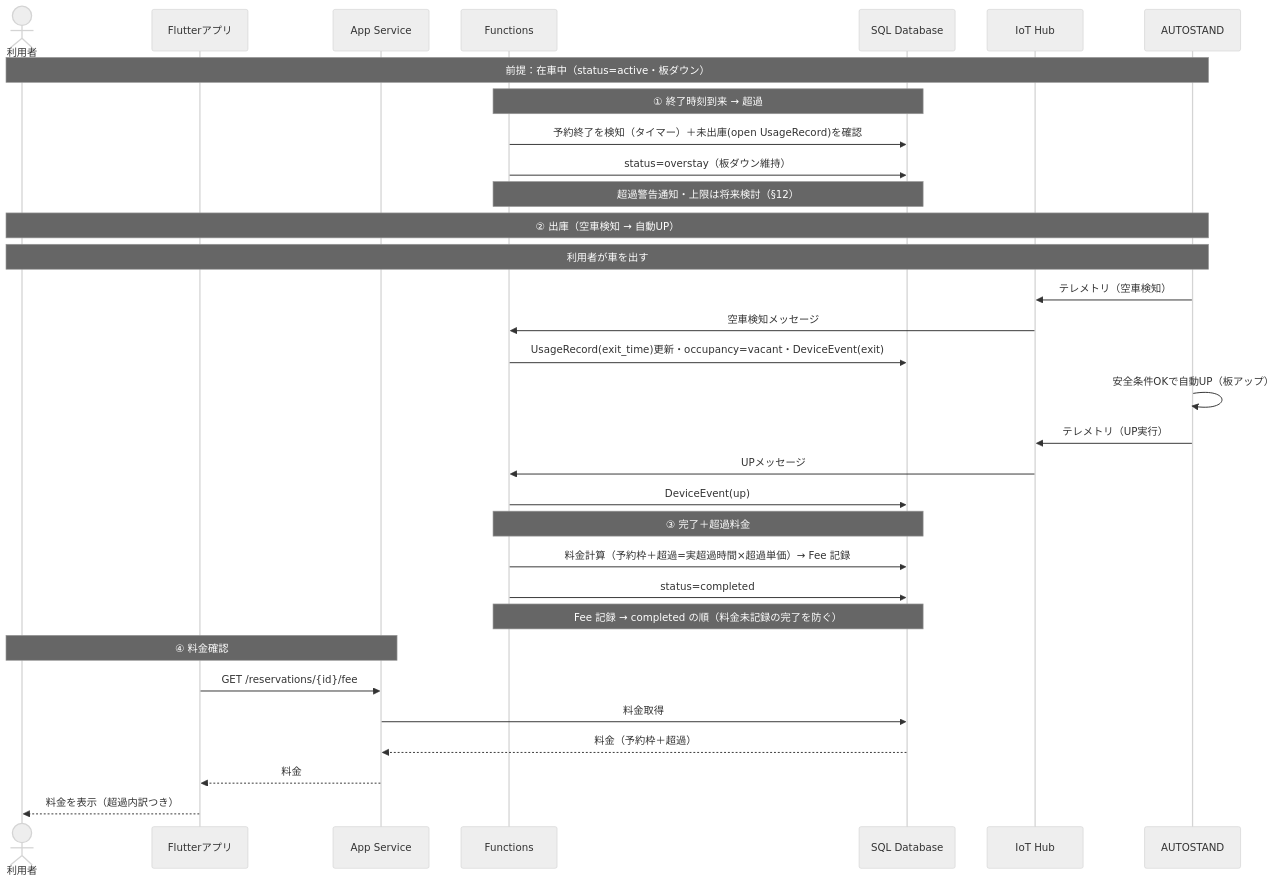
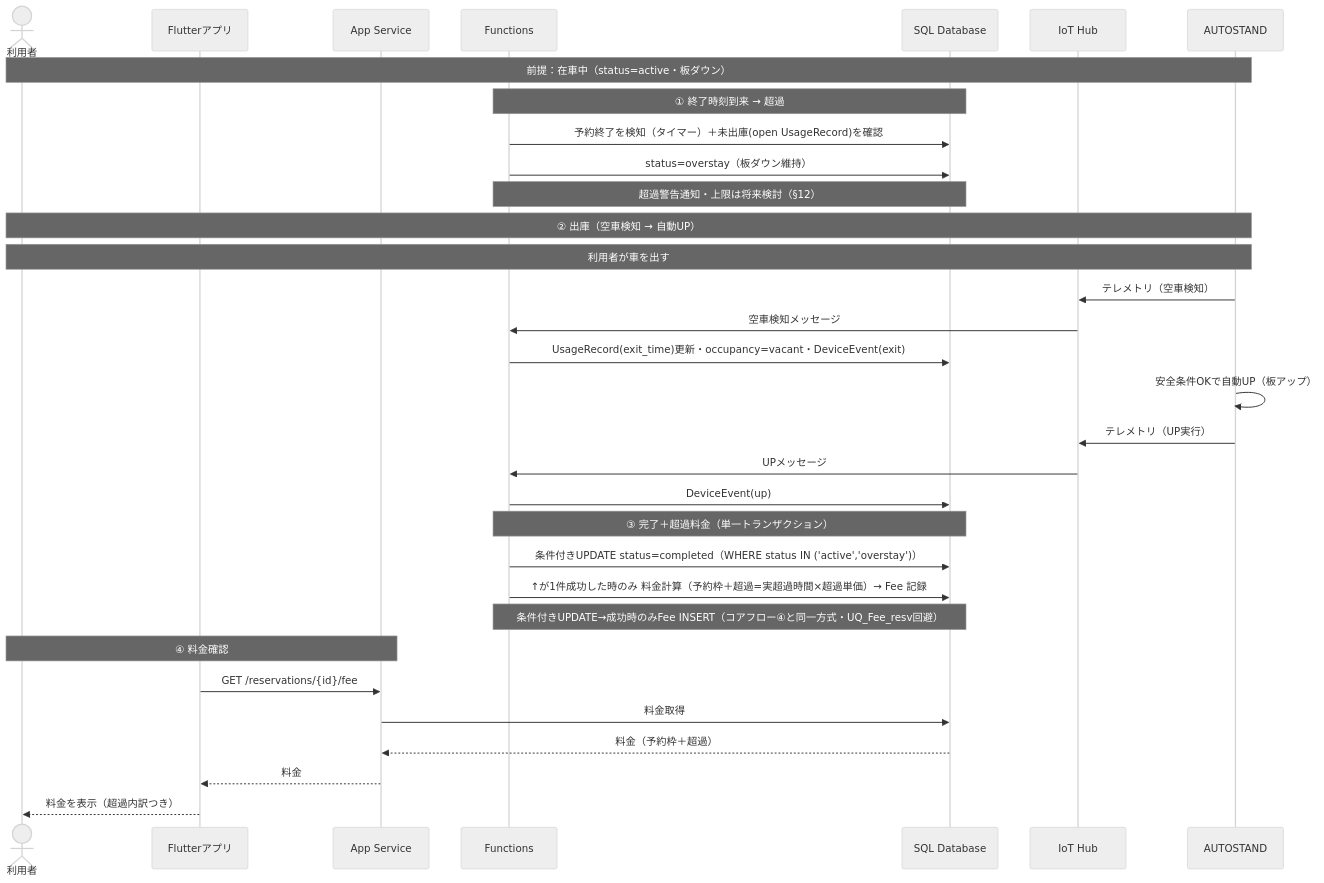
One commit to NEWGATE-engineer/test-parking-calendar-reservation changed the diagram in docs/architecture/sequences/駐車場予約システム シーケンス図（超過フロー）.md. Above: the diagram before and after it, drawn with Mermaid (neutral theme). The commit also changed other lines of this file and 6 other files, not shown here.

````diff
--- a/docs/architecture/sequences/駐車場予約システム シーケンス図（超過フロー）.md
+++ b/docs/architecture/sequences/駐車場予約システム シーケンス図（超過フロー）.md
@@ -9,39 +9,39 @@
 ```mermaid
 sequenceDiagram
   actor U as 利用者
   participant A as Flutterアプリ
   participant API as App Service
   participant F as Functions
   participant DB as SQL Database
   participant H as IoT Hub
   participant D as AUTOSTAND
 
   Note over U,D: 前提：在車中（status=active・板ダウン）
 
   Note over F,DB: ① 終了時刻到来 → 超過
   F->>DB: 予約終了を検知（タイマー）＋未出庫(open UsageRecord)を確認
   F->>DB: status=overstay（板ダウン維持）
   Note over F,DB: 超過警告通知・上限は将来検討（§12）
 
   Note over U,D: ② 出庫（空車検知 → 自動UP）
   Note over U,D: 利用者が車を出す
   D->>H: テレメトリ（空車検知）
   H->>F: 空車検知メッセージ
   F->>DB: UsageRecord(exit_time)更新・occupancy=vacant・DeviceEvent(exit)
   D->>D: 安全条件OKで自動UP（板アップ）
   D->>H: テレメトリ（UP実行）
   H->>F: UPメッセージ
   F->>DB: DeviceEvent(up)
 
-  Note over F,DB: ③ 完了＋超過料金
-  F->>DB: 料金計算（予約枠＋超過=実超過時間×超過単価）→ Fee 記録
-  F->>DB: status=completed
-  Note over F,DB: Fee 記録 → completed の順（料金未記録の完了を防ぐ）
+  Note over F,DB: ③ 完了＋超過料金（単一トランザクション）
+  F->>DB: 条件付きUPDATE status=completed（WHERE status IN ('active','overstay')）
+  F->>DB: ↑が1件成功した時のみ 料金計算（予約枠＋超過=実超過時間×超過単価）→ Fee 記録
+  Note over F,DB: 条件付きUPDATE→成功時のみFee INSERT（コアフロー④と同一方式・UQ_Fee_resv回避）
 
   Note over U,API: ④ 料金確認
   A->>API: GET /reservations/{id}/fee
   API->>DB: 料金取得
   DB-->>API: 料金（予約枠＋超過）
   API-->>A: 料金
   A-->>U: 料金を表示（超過内訳つき）
 ```
````
